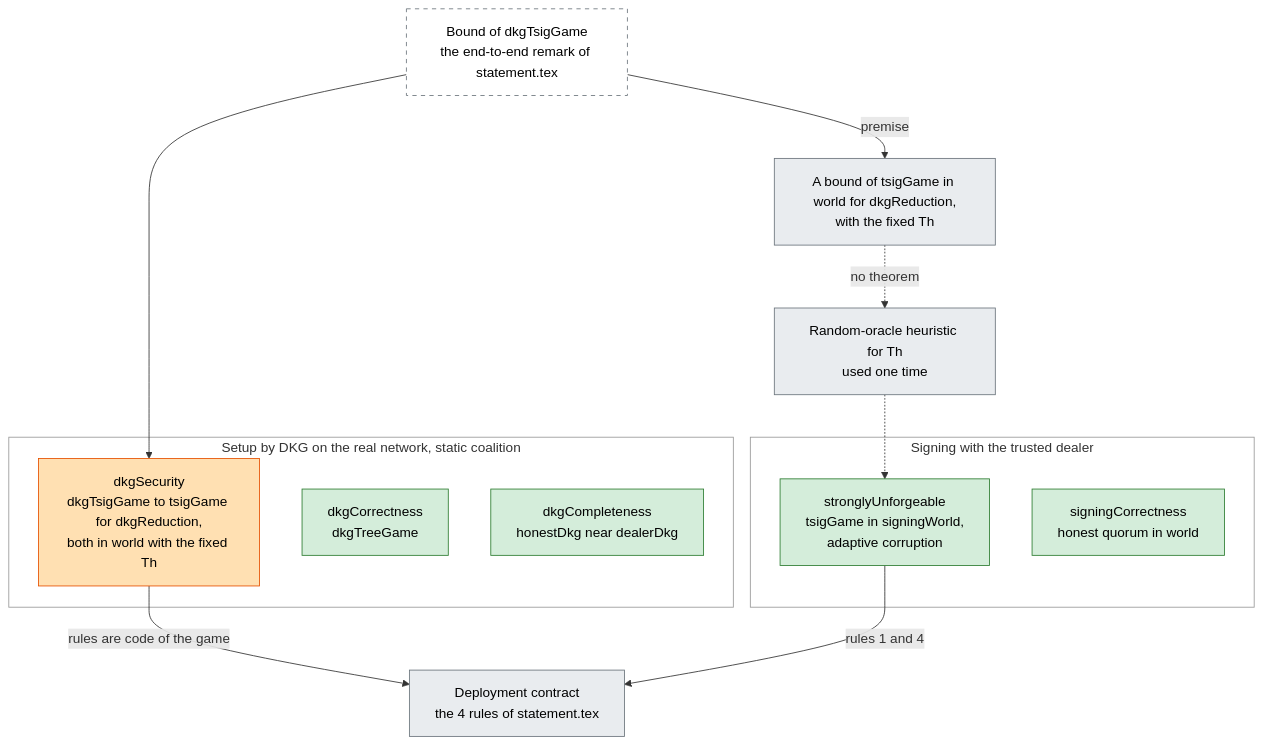
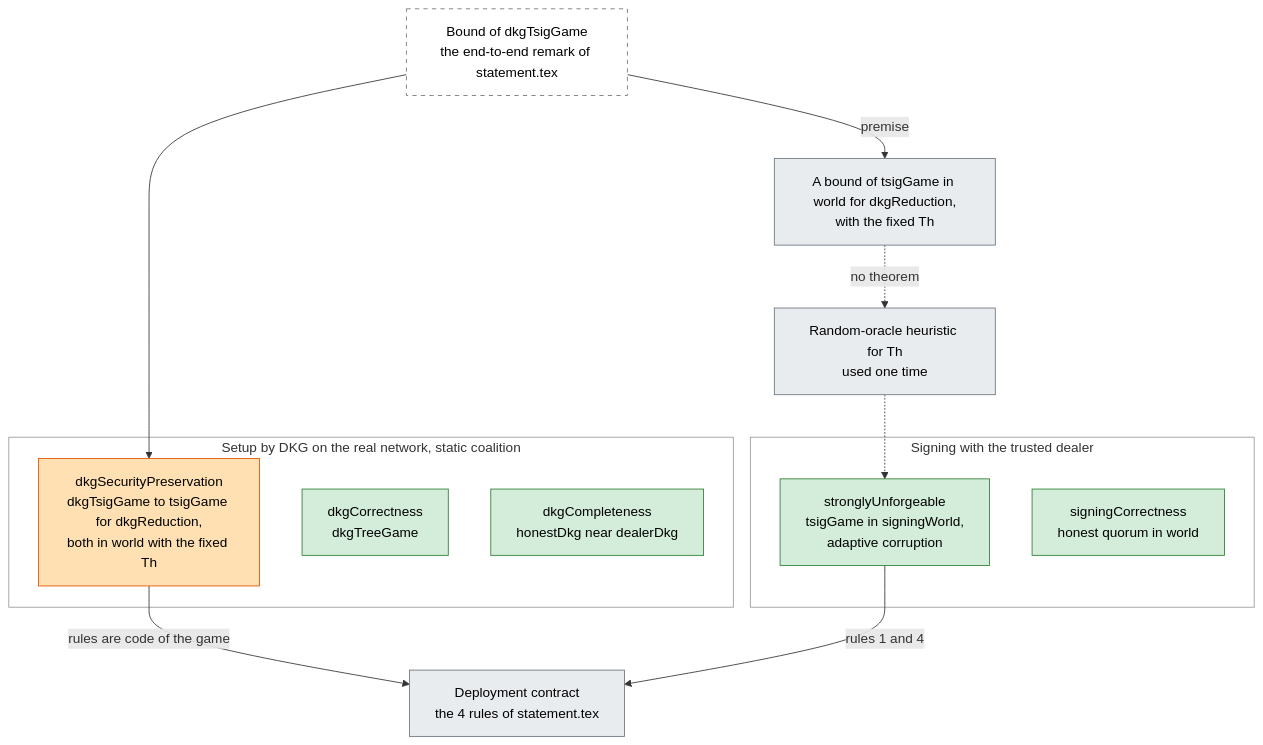
The diagram in formal/README.md (han0110/threshold-lean-xmss), drawn with Mermaid before and after one commit. The commit also changed other lines of this file and 15 other files, not shown here.

````diff
--- a/formal/README.md
+++ b/formal/README.md
@@ -45,33 +45,33 @@
 ```mermaid
 flowchart TB
   classDef proved fill:#d4edda,stroke:#2e7d32,color:#000
   classDef target fill:#ffe0b2,stroke:#e65100,color:#000
   classDef assumed fill:#e9ecef,stroke:#6c757d,color:#000
   classDef remark fill:#ffffff,stroke:#6c757d,stroke-dasharray:5 5,color:#000
 
   subgraph SIG["Signing with the trusted dealer"]
     SUF["stronglyUnforgeable<br/>tsigGame in signingWorld,<br/>adaptive corruption"]:::proved
     SCOR["signingCorrectness<br/>honest quorum in world"]:::proved
   end
 
   subgraph DKG["Setup by DKG on the real network, static coalition"]
-    DSEC["dkgSecurity<br/>dkgTsigGame to tsigGame for dkgReduction,<br/>both in world with the fixed Th"]:::target
+    DSEC["dkgSecurityPreservation<br/>dkgTsigGame to tsigGame for dkgReduction,<br/>both in world with the fixed Th"]:::target
     DCOR["dkgCorrectness<br/>dkgTreeGame"]:::proved
     DCOMP["dkgCompleteness<br/>honestDkg near dealerDkg"]:::proved
   end
 
   E2E["Bound of dkgTsigGame<br/>the end-to-end remark of statement.tex"]:::remark
   DELTA["A bound of tsigGame in world for dkgReduction,<br/>with the fixed Th"]:::assumed
   HEUR["Random-oracle heuristic for Th<br/>used one time"]:::assumed
   RULES["Deployment contract<br/>the 4 rules of statement.tex"]:::assumed
 
   style SIG fill:none,stroke:#999999
   style DKG fill:none,stroke:#999999
 
   E2E --> DSEC
   E2E -->|premise| DELTA
   DELTA -.->|no theorem| HEUR
   HEUR -.-> SUF
   DSEC -->|rules are code of the game| RULES
   SUF -->|rules 1 and 4| RULES
 ```
````
